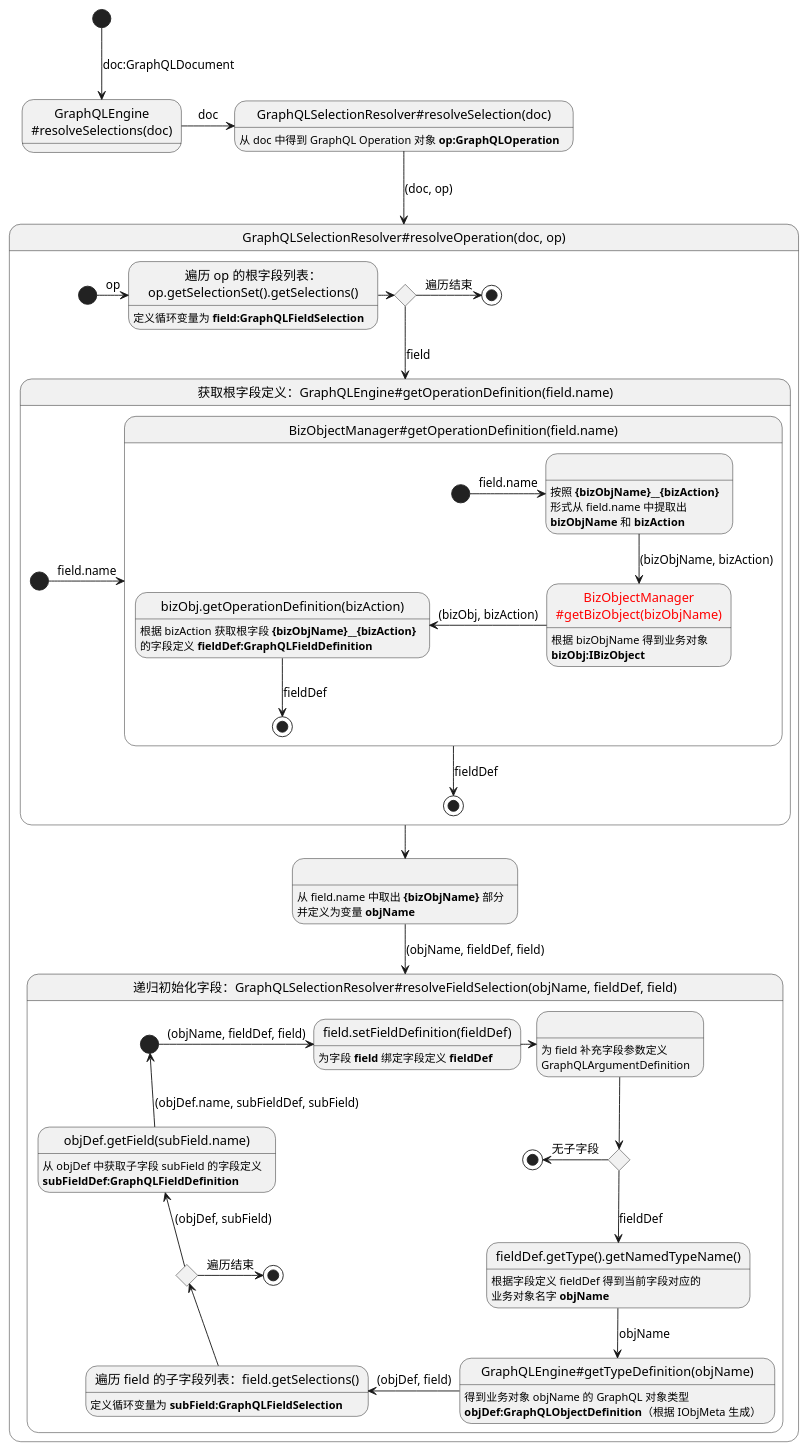
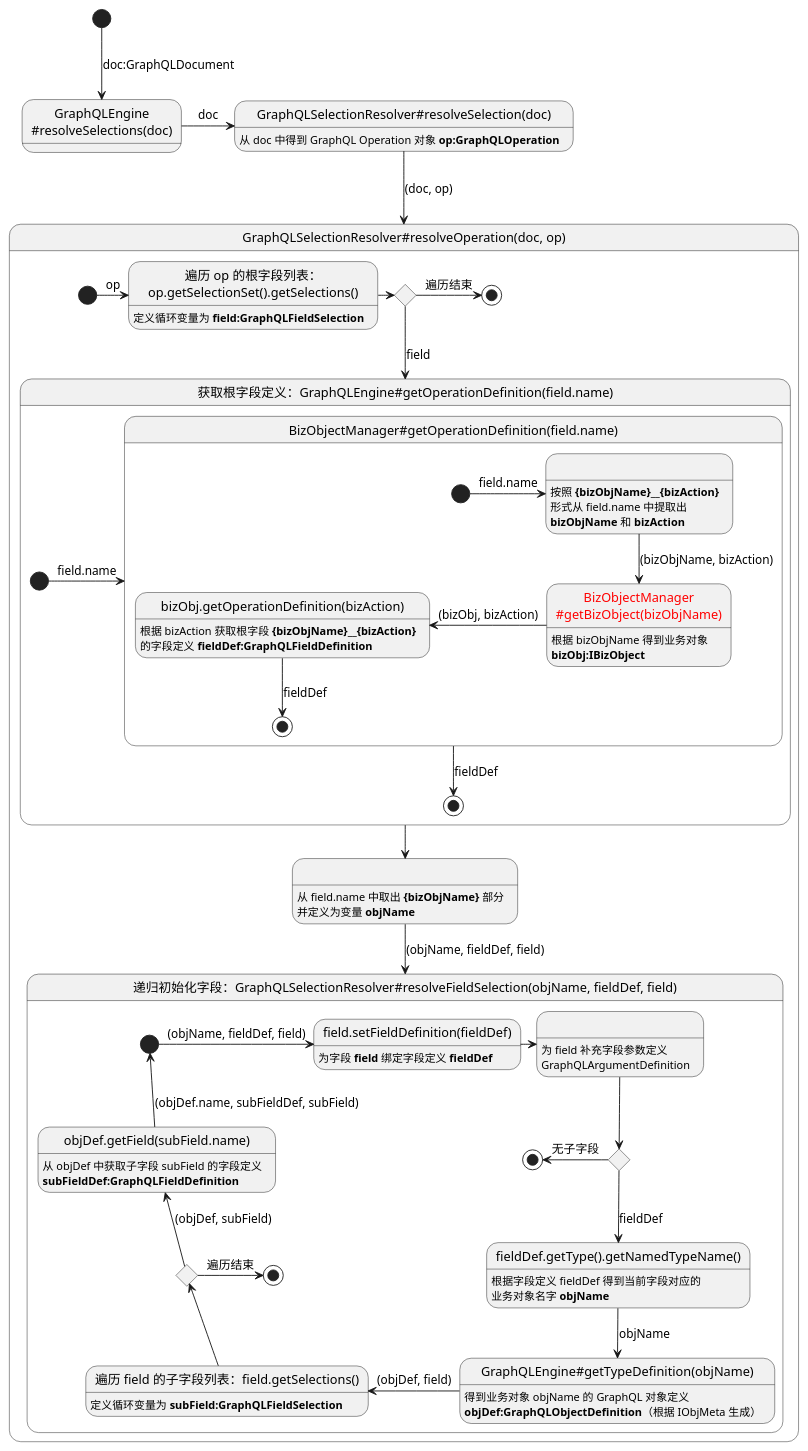
Before and after one commit to crazydan-studio/nop.crazydan.io: the sixth of 11 diagrams in docs/400.implement/400.component/100.graphql.md, drawn with PlantUML. The commit also changed other lines of this file, not shown here.

````diff
--- a/docs/400.implement/400.component/100.graphql.md
+++ b/docs/400.implement/400.component/100.graphql.md
@@ -707,70 +711,70 @@
 ```plantuml
 state "GraphQLEngine\n~#resolveSelections(doc)" as call_engine_resolveSelections
 state "GraphQLSelectionResolver#resolveSelection(doc)" as call_resolver_resolveSelection: 从 doc 中得到 GraphQL Operation 对象 <b>op:GraphQLOperation</b>
 
 [*] -down-> call_engine_resolveSelections: doc:GraphQLDocument
 call_engine_resolveSelections -> call_resolver_resolveSelection: doc
 call_resolver_resolveSelection -down-> call_resolver_resolveOperation: (doc, op)
 
 state "GraphQLSelectionResolver#resolveOperation(doc, op)" as call_resolver_resolveOperation {
   state "遍历 op 的根字段列表：\nop.getSelectionSet().getSelections()" as get_field_from_op: 定义循环变量为 <b>field:GraphQLFieldSelection</b>
   state " " as split_objName_from_op: 从 field.name 中取出 **{bizObjName}** 部分\n并定义为变量 <b>objName</b>
   state has_op_field <<choice>>
 
   [*] -right-> get_field_from_op: op
   get_field_from_op -right-> has_op_field
 
   has_op_field -right-> [*]: 遍历结束
   has_op_field -down-> call_engine_getOperationDefinition: field
 
   call_engine_getOperationDefinition -down-> split_objName_from_op
   split_objName_from_op -down-> call_resolver_resolveFieldSelection: (objName, fieldDef, field)
 
   state "获取根字段定义：GraphQLEngine~#getOperationDefinition(field.name)" as call_engine_getOperationDefinition {
     [*] -right-> call_bizObj_getOperationDefinition: field.name
     call_bizObj_getOperationDefinition -down-> [*]: fieldDef
 
     state "BizObjectManager#getOperationDefinition(field.name)" as call_bizObj_getOperationDefinition {
       state " " as split_field_name: 按照 **{bizObjName}__{bizAction}**\n形式从 field.name 中提取出\n**bizObjName** 和 **bizAction**
       state "<color:red>BizObjectManager\n<color:red>~#getBizObject(bizObjName)" as call_biz_obj_man_getBizObject: 根据 bizObjName 得到业务对象\n<b>bizObj:IBizObject</b>
       state "bizObj.getOperationDefinition(bizAction)" as call_biz_obj_getOperationDefinition: 根据 bizAction 获取根字段 **{bizObjName}__{bizAction}**\n的字段定义 <b>fieldDef:GraphQLFieldDefinition</b>
 
       [*] -right-> split_field_name: field.name
       split_field_name -down-> call_biz_obj_man_getBizObject: (bizObjName, bizAction)
       call_biz_obj_man_getBizObject -left-> call_biz_obj_getOperationDefinition: (bizObj, bizAction)
       call_biz_obj_getOperationDefinition -down-> [*]: fieldDef
     }
   }
 
   state "递归初始化字段：GraphQLSelectionResolver~#resolveFieldSelection(objName, fieldDef, field)" as call_resolver_resolveFieldSelection {
     state "field.setFieldDefinition(fieldDef)" as call_field_setFieldDefinition: 为字段 <b>field</b> 绑定字段定义 <b>fieldDef</b>
     state " " as validate_field_args: 为 field 补充字段参数定义\nGraphQLArgumentDefinition
     state top_has_sub_field <<choice>>
 
     state "fieldDef.getType().getNamedTypeName()" as call_fieldDef_getType: 根据字段定义 fieldDef 得到当前字段对应的\n业务对象名字 **objName**
-    state "GraphQLEngine#getTypeDefinition(objName)" as call_engine_getTypeDefinition: 得到业务对象 objName 的 GraphQL 对象类型\n<b>objDef:GraphQLObjectDefinition</b>（根据 IObjMeta 生成）
+    state "GraphQLEngine#getTypeDefinition(objName)" as call_engine_getTypeDefinition: 得到业务对象 objName 的 GraphQL 对象定义\n<b>objDef:GraphQLObjectDefinition</b>（根据 IObjMeta 生成）
     state "遍历 field 的子字段列表：field.getSelections()" as get_field_from_field: 定义循环变量为 <b>subField:GraphQLFieldSelection</b>
     state "objDef.getField(subField.name)" as call_obj_def_getField: 从 objDef 中获取子字段 subField 的字段定义\n<b>subFieldDef:GraphQLFieldDefinition</b>
     state has_sub_field <<choice>>
     state start <<start>>
     state end0 <<end>>
     state end1 <<end>>
 
     start -right-> call_field_setFieldDefinition: (objName, fieldDef, field)
     call_field_setFieldDefinition -right-> validate_field_args
     validate_field_args -down-> top_has_sub_field
 
     top_has_sub_field -left-> end0: 无子字段
     top_has_sub_field -down-> call_fieldDef_getType: fieldDef
     call_fieldDef_getType -down-> call_engine_getTypeDefinition: objName
 
     call_engine_getTypeDefinition -left-> get_field_from_field: (objDef, field)
     get_field_from_field -up-> has_sub_field
 
     has_sub_field -right-> end1: 遍历结束
     has_sub_field -up-> call_obj_def_getField: (objDef, subField)
 
     call_obj_def_getField -up-> start: (objDef.name, subFieldDef, subField)
   }
 }
 ```
````
